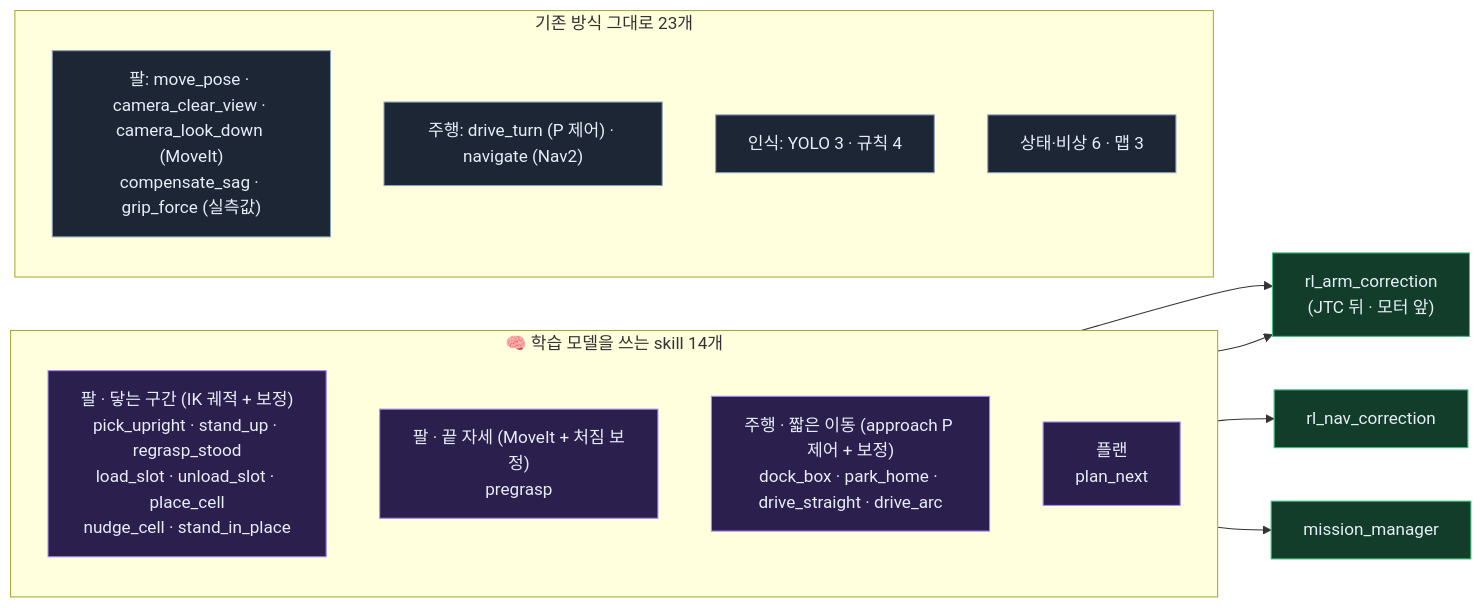
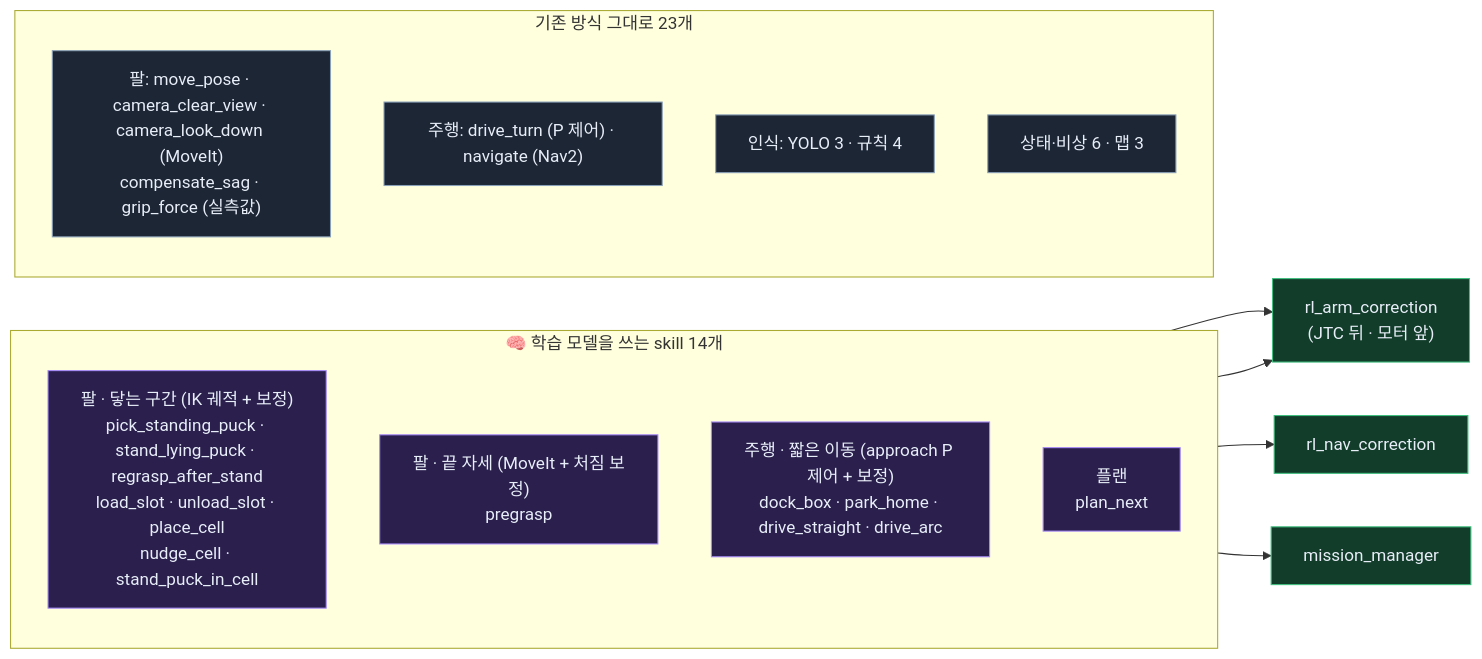
The fifth of 9 diagrams in bee/system-map.md (JuneKunst/JuneKunst.github.io), drawn with Mermaid before and after one commit. The commit also changed other lines of this file and 7 other files, not shown here.

Commit message:
docs: bee 재학습 현황 (load_slot · pregrasp) · skill 이름 바꿈 (pick_standing_puck · stand_lying_puck …)

````diff
--- a/bee/system-map.md
+++ b/bee/system-map.md
@@ -175,24 +175,24 @@
 ```mermaid
 flowchart LR
   subgraph gy_MODEL["🧠 학습 모델을 쓰는 skill 14개"]
     direction TB
-    gy_ma["팔 · 닿는 구간 (IK 궤적 + 보정)<br/>pick_upright · stand_up · regrasp_stood<br/>load_slot · unload_slot · place_cell<br/>nudge_cell · stand_in_place"]:::model
+    gy_ma["팔 · 닿는 구간 (IK 궤적 + 보정)<br/>pick_standing_puck · stand_lying_puck · regrasp_after_stand<br/>load_slot · unload_slot · place_cell<br/>nudge_cell · stand_puck_in_cell"]:::model
     gy_mb["팔 · 끝 자세 (MoveIt + 처짐 보정)<br/>pregrasp"]:::model
     gy_mc["주행 · 짧은 이동 (approach P 제어 + 보정)<br/>dock_box · park_home · drive_straight · drive_arc"]:::model
     gy_md["플랜<br/>plan_next"]:::model
   end
   subgraph gy_KEEP["기존 방식 그대로 23개"]
     direction TB
     gy_ka["팔: move_pose · camera_clear_view · camera_look_down (MoveIt)<br/>compensate_sag · grip_force (실측값)"]:::keep
     gy_kb["주행: drive_turn (P 제어) · navigate (Nav2)"]:::keep
     gy_kc["인식: YOLO 3 · 규칙 4"]:::keep
     gy_kd["상태·비상 6 · 맵 3"]:::keep
   end
   gy_ma --> gy_N1["rl_arm_correction<br/>(JTC 뒤 · 모터 앞)"]:::node
   gy_mb --> gy_N1
   gy_mc --> gy_N2["rl_nav_correction"]:::node
   gy_md --> gy_N3["mission_manager"]:::node
   classDef model fill:#2a1f4d,stroke:#a78bfa,color:#e8eef8
   classDef keep fill:#1c2635,stroke:#8aa0b8,color:#e8eef8
   classDef node fill:#123d2a,stroke:#3fbf7f,color:#e8eef8
 ```
````
